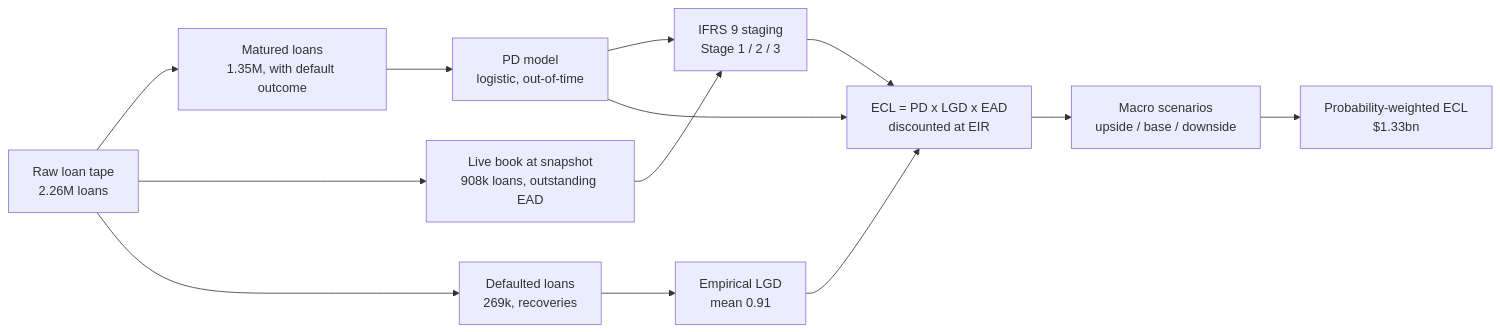
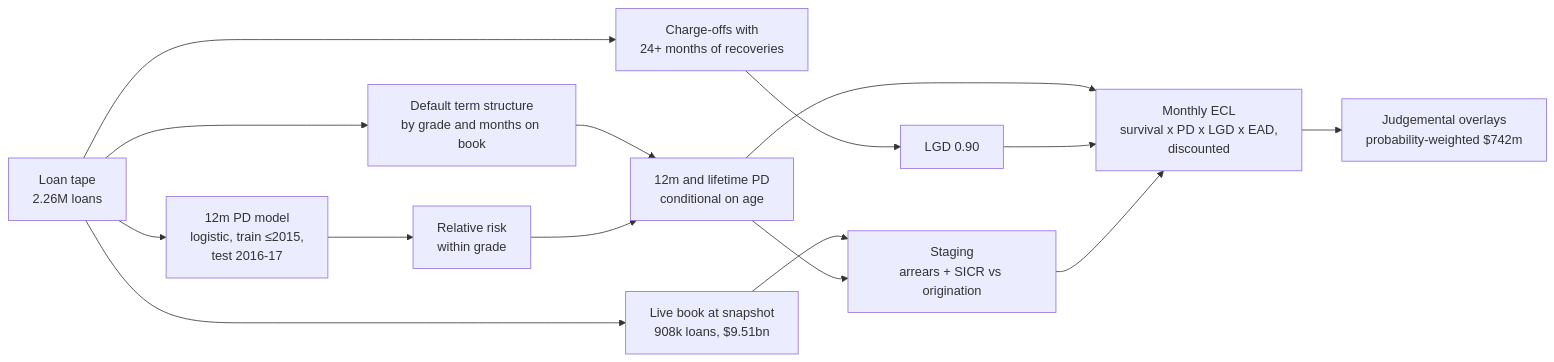
The diagram in README.md (gbadedata/ifrs9-ecl-engine), drawn with Mermaid before and after one commit. The commit also changed other lines of this file and 15 other files, not shown here.

````diff
--- a/README.md
+++ b/README.md
@@ -43,15 +52,17 @@
 ```mermaid
 flowchart LR
-  A["Raw loan tape<br/>2.26M loans"] --> B["Matured loans<br/>1.35M, with default outcome"]
-  A --> C["Live book at snapshot<br/>908k loans, outstanding EAD"]
-  A --> D["Defaulted loans<br/>269k, recoveries"]
-  B --> P["PD model<br/>logistic, out-of-time"]
-  D --> L["Empirical LGD<br/>mean 0.91"]
-  C --> S["IFRS 9 staging<br/>Stage 1 / 2 / 3"]
-  P --> S
-  P --> E["ECL = PD x LGD x EAD<br/>discounted at EIR"]
+  A["Loan tape<br/>2.26M loans"] --> P["12m PD model<br/>logistic, train ≤2015,<br/>test 2016-17"]
+  A --> H["Default term structure<br/>by grade and months on book"]
+  A --> D["Charge-offs with<br/>24+ months of recoveries"]
+  A --> C["Live book at snapshot<br/>908k loans, $9.51bn"]
+  P --> K["Relative risk<br/>within grade"]
+  H --> PD["12m and lifetime PD<br/>conditional on age"]
+  K --> PD
+  D --> L["LGD 0.90"]
+  C --> S["Staging<br/>arrears + SICR vs origination"]
+  PD --> S
+  PD --> E["Monthly ECL<br/>survival x PD x LGD x EAD,<br/>discounted"]
   L --> E
   S --> E
-  E --> M["Macro scenarios<br/>upside / base / downside"]
-  M --> R["Probability-weighted ECL<br/>$1.33bn"]
+  E --> M["Judgemental overlays<br/>probability-weighted $742m"]
 ```
````
